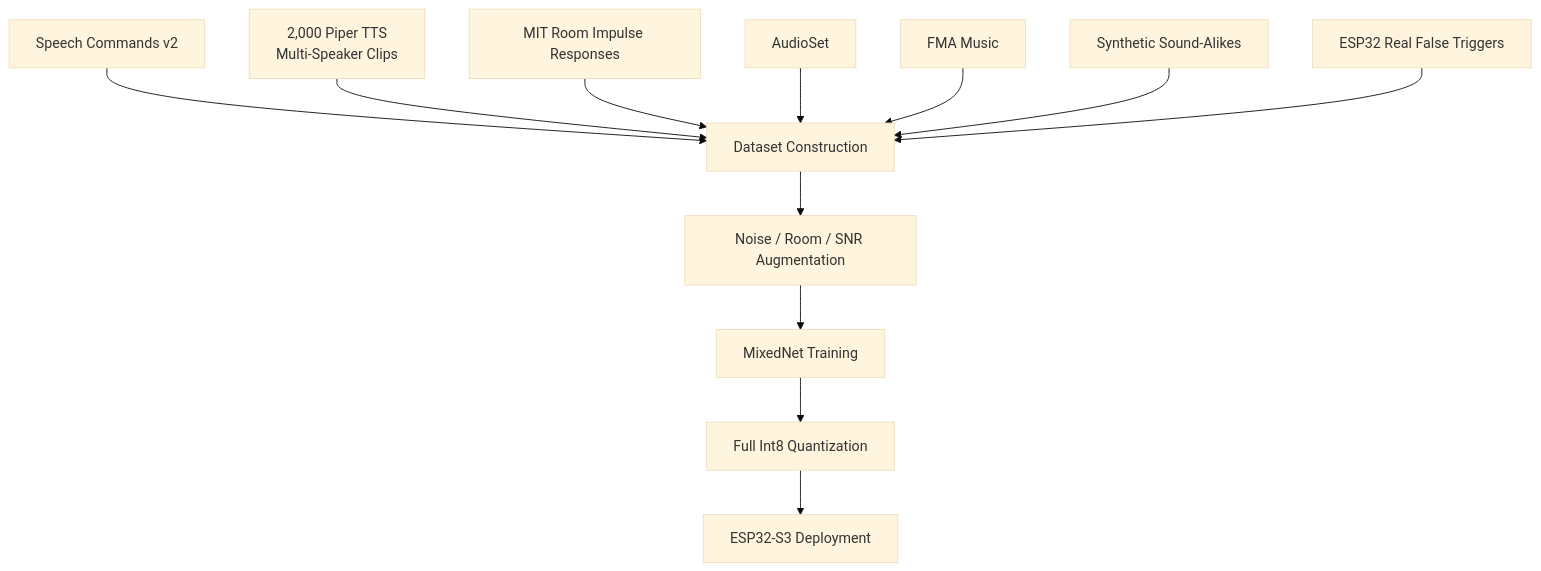
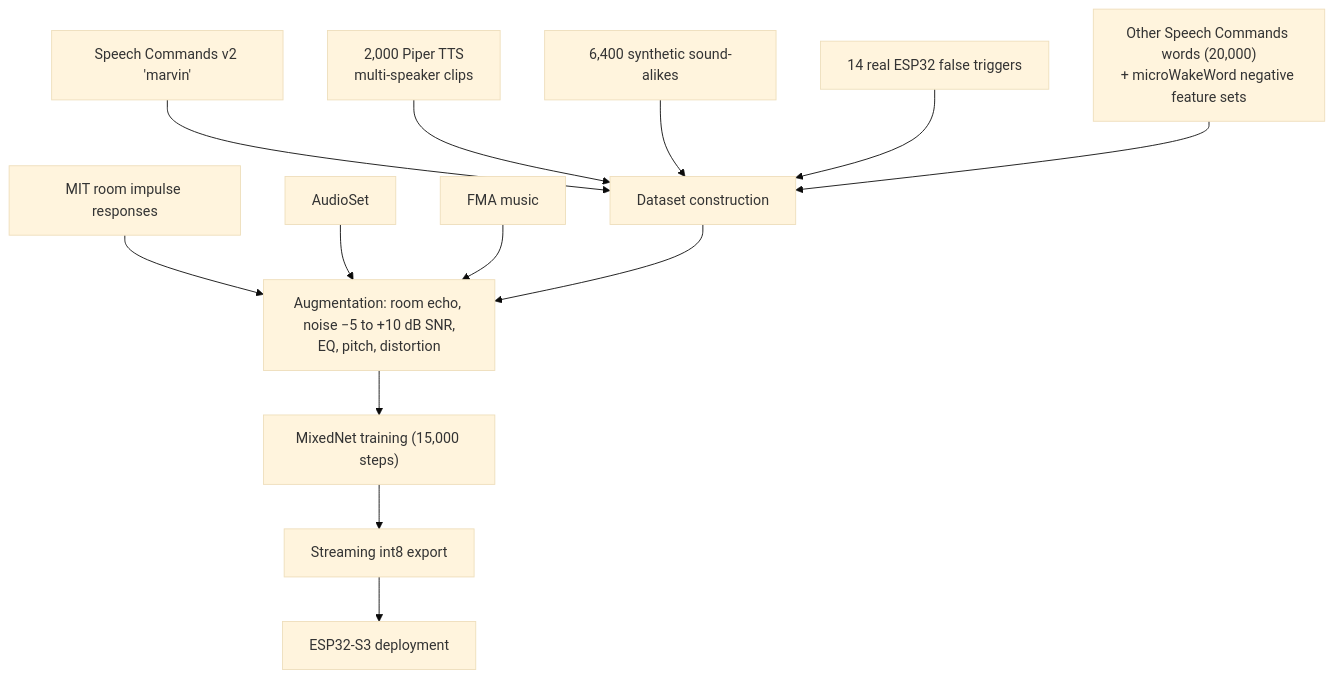
The eighth of 12 diagrams in README.md (Raj24-dev/Kws), drawn with Mermaid (base theme) before and after one commit. The commit also changed other lines of this file and 211 other files, not shown here.

````diff
--- a/README.md
+++ b/README.md
@@ -916,24 +596,26 @@
 ```mermaid
 flowchart TD
 
-    A["Speech Commands v2"]
-    B["2,000 Piper TTS<br/>Multi-Speaker Clips"]
-    C["MIT Room Impulse Responses"]
+    A["Speech Commands v2 'marvin'"]
+    B["2,000 Piper TTS<br/>multi-speaker clips"]
+    C["MIT room impulse responses"]
     D["AudioSet"]
-    E["FMA Music"]
-    F["Synthetic Sound-Alikes"]
-    G["ESP32 Real False Triggers"]
+    E["FMA music"]
+    F["6,400 synthetic sound-alikes"]
+    G["14 real ESP32 false triggers"]
+    N["Other Speech Commands words (20,000)<br/>+ microWakeWord negative feature sets"]
 
-    A --> H["Dataset Construction"]
+    A --> H["Dataset construction"]
     B --> H
-    C --> H
-    D --> H
-    E --> H
     F --> H
     G --> H
+    N --> H
+    C --> I
+    D --> I
+    E --> I
 
-    H --> I["Noise / Room / SNR Augmentation"]
-    I --> J["MixedNet Training"]
-    J --> K["Full Int8 Quantization"]
-    K --> L["ESP32-S3 Deployment"]
+    H --> I["Augmentation: room echo, noise −5 to +10 dB SNR,<br/>EQ, pitch, distortion"]
+    I --> J["MixedNet training (15,000 steps)"]
+    J --> K["Streaming int8 export"]
+    K --> L["ESP32-S3 deployment"]
 ```
````
